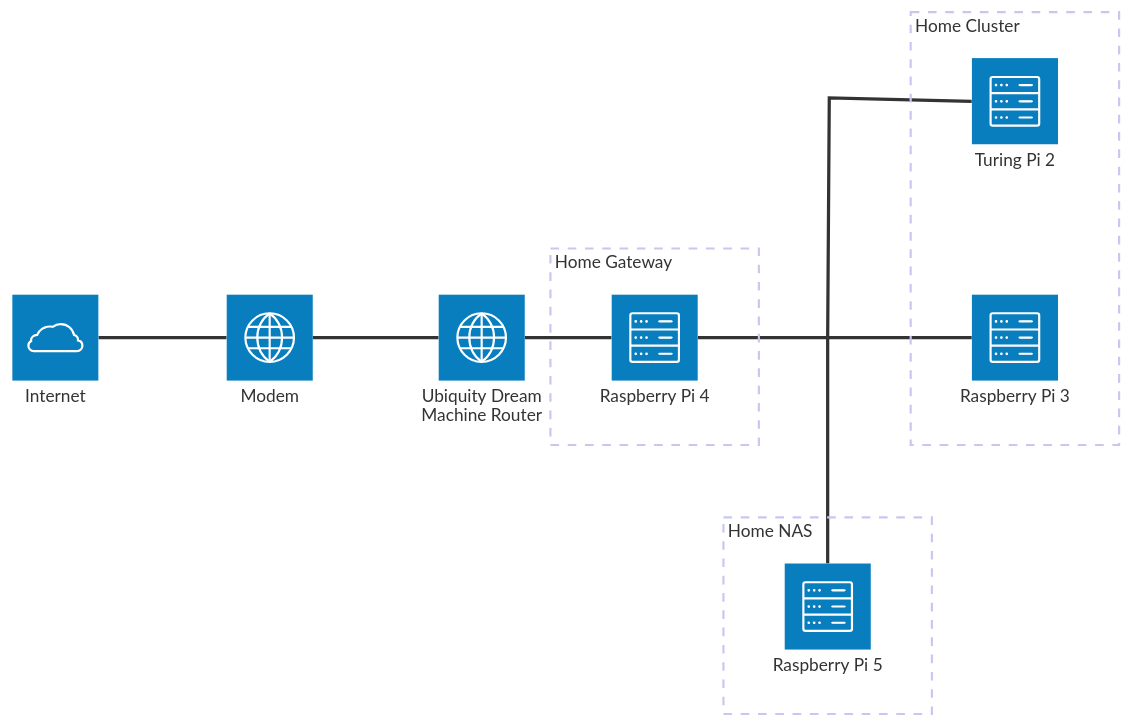
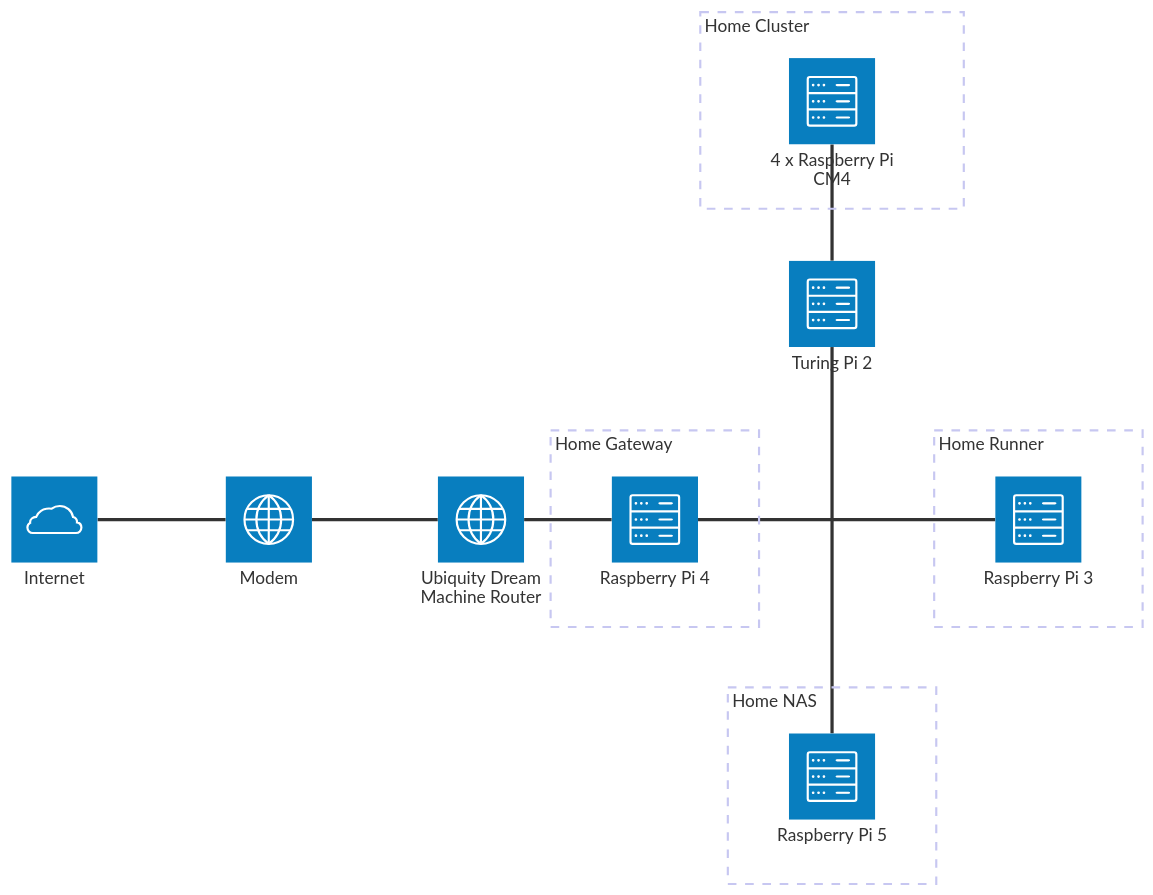
One commit to ncasaux/home-lab changed the diagram in README.md. Above: the diagram before and after it, drawn with Mermaid. The commit also changed other lines of this file, not shown here.

````diff
--- a/README.md
+++ b/README.md
@@ -18,24 +19,27 @@
 ```mermaid
 architecture-beta
   group homecluster[Home Cluster]
   group homegateway[Home Gateway]
   group homenas[Home NAS]
+  group homerunner[Home Runner]
 
   service internet(cloud)[Internet] 
   service modem(internet)[Modem]
   service udm(internet)[Ubiquity Dream Machine Router]
   service rpi4(server)[Raspberry Pi 4] in homegateway
-  service tpi2(server)[Turing Pi 2] in homecluster
-  service rpi3(server)[Raspberry Pi 3] in homecluster
+  service tpi2(server)[Turing Pi 2]
+  service rpicm4(server)[4 x Raspberry Pi CM4] in homecluster
+  service rpi3(server)[Raspberry Pi 3] in homerunner
   service rpi5(server)[Raspberry Pi 5] in homenas
 
   junction junctionCenter
 
   internet:R -- L:modem
   modem:R -- L:udm
   udm:R -- L:rpi4
   rpi4:R -- L:junctionCenter
   junctionCenter:R -- L:rpi3
-  junctionCenter:T -- L:tpi2
+  junctionCenter:T -- B:tpi2
   junctionCenter:B -- T:rpi5
+  rpicm4:B -- T:tpi2
 ```
````
